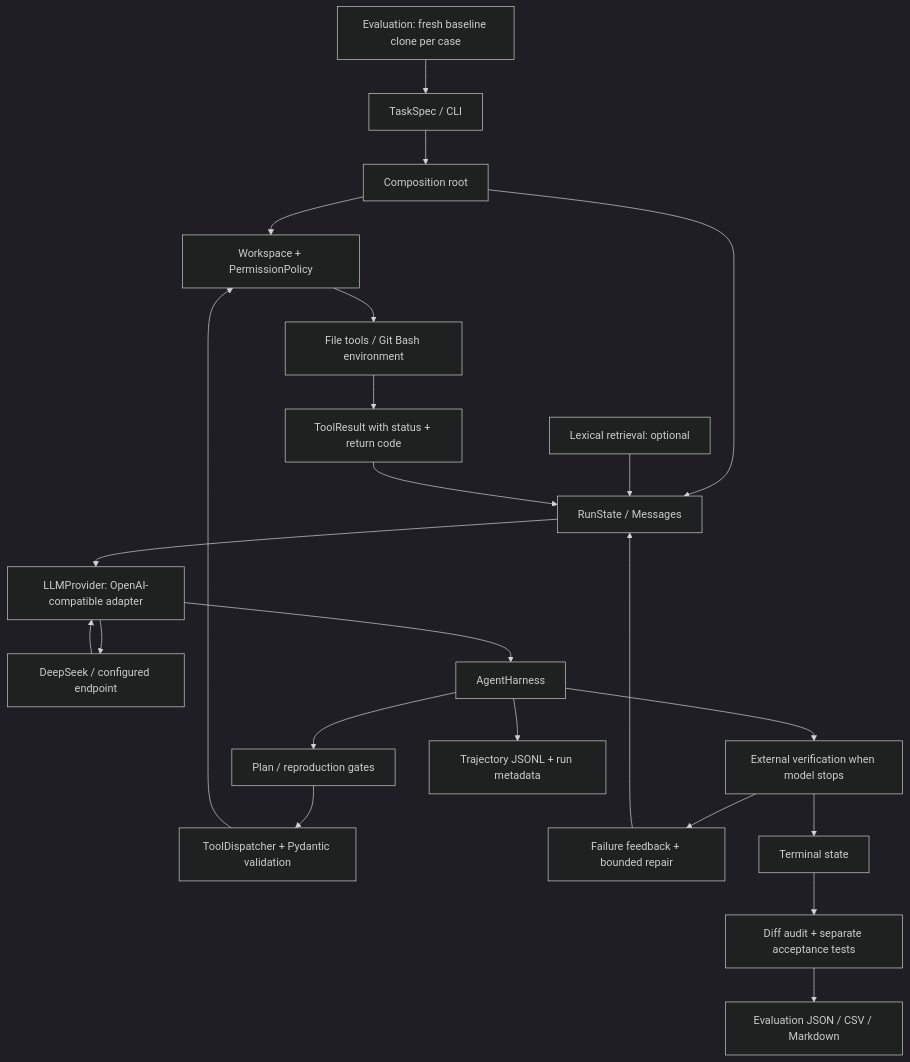
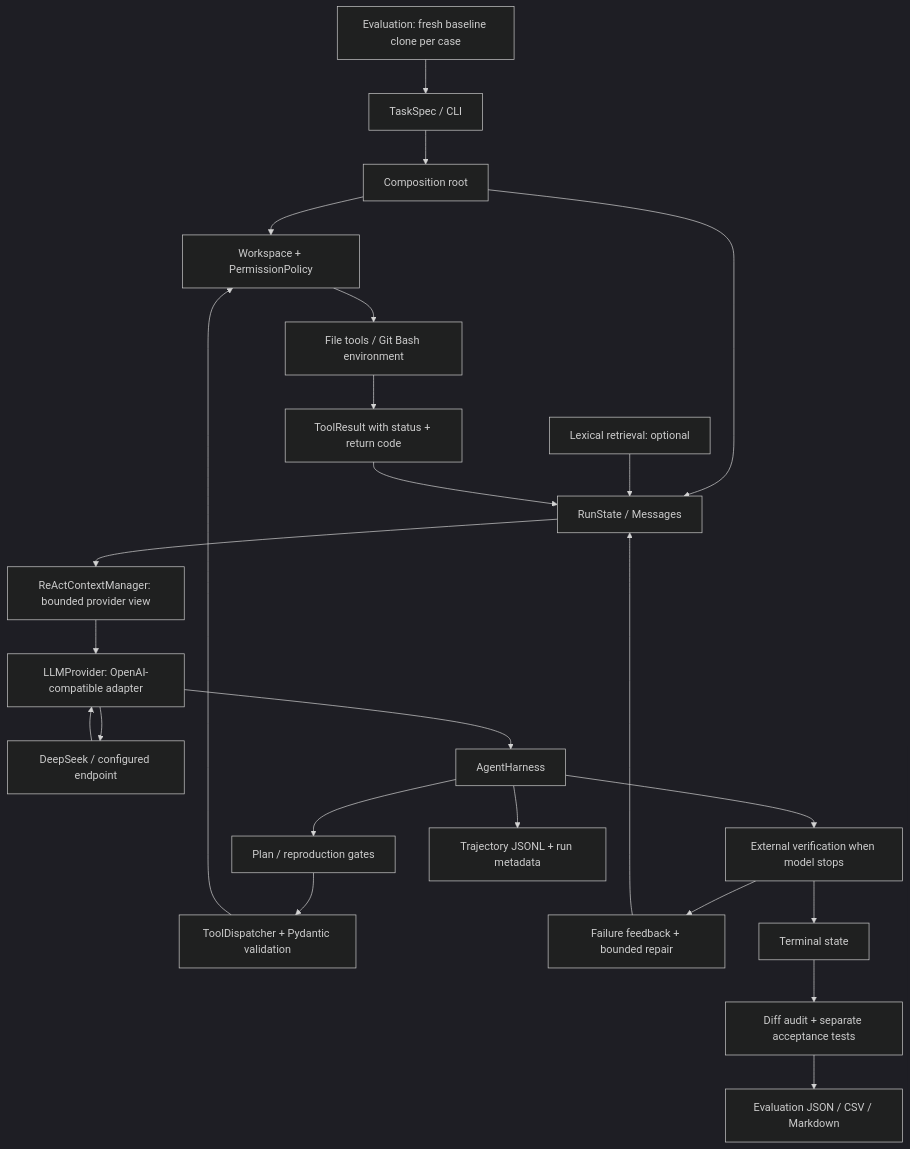
One commit to tuanziMilk/CodePilot changed the diagram in docs/architecture.md. Above: the diagram before and after it, drawn with Mermaid (dark theme). The commit also changed other lines of this file and 27 other files, not shown here.

Commit message:
Add ReAct context compaction and ablation evaluation

````diff
--- a/docs/architecture.md
+++ b/docs/architecture.md
@@ -3,25 +3,26 @@
 ```mermaid
 flowchart TD
   T[TaskSpec / CLI] --> C[Composition root]
   C --> W[Workspace + PermissionPolicy]
   C --> S[RunState / Messages]
   R[Lexical retrieval: optional] --> S
-  S --> P[LLMProvider: OpenAI-compatible adapter]
+  S --> X[ReActContextManager: bounded provider view]
+  X --> P[LLMProvider: OpenAI-compatible adapter]
   P --> L[DeepSeek / configured endpoint]
   L --> P
   P --> H[AgentHarness]
   H --> G[Plan / reproduction gates]
   G --> D[ToolDispatcher + Pydantic validation]
   D --> W
   W --> E[File tools / Git Bash environment]
   E --> O[ToolResult with status + return code]
   O --> S
   H --> V[External verification when model stops]
   V --> F[Failure feedback + bounded repair]
   F --> S
   V --> Z[Terminal state]
   H --> J[Trajectory JSONL + run metadata]
   EV[Evaluation: fresh baseline clone per case] --> T
   Z --> A[Diff audit + separate acceptance tests]
   A --> Q[Evaluation JSON / CSV / Markdown]
 ```
````
